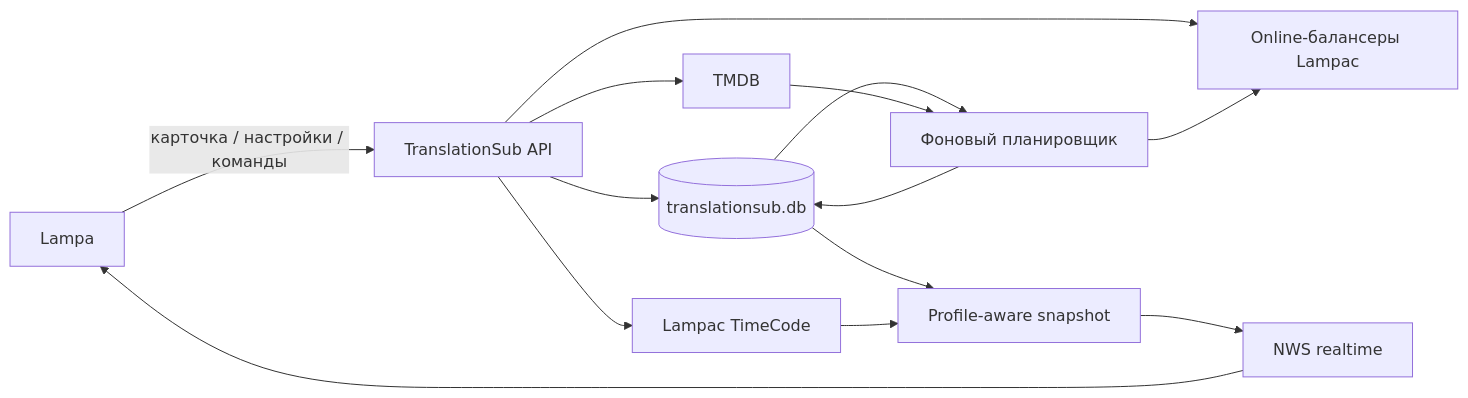
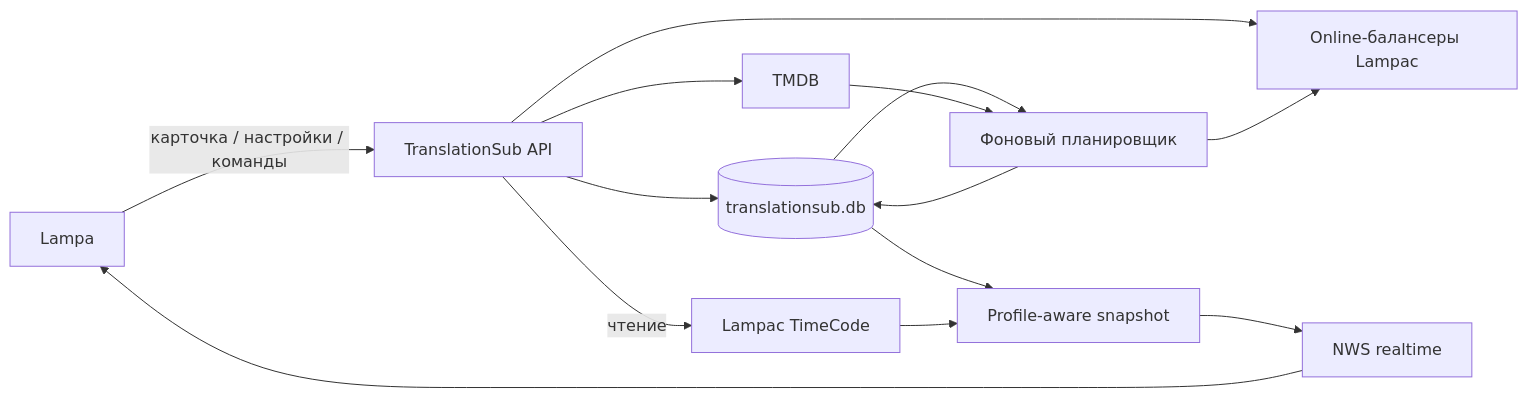
The diagram in README.md (ivzaislu/TranslationSub), drawn with Mermaid before and after one commit. The commit also changed other lines of this file, not shown here.

````diff
--- a/README.md
+++ b/README.md
@@ -188,18 +208,18 @@
 ```mermaid
 flowchart LR
     L[Lampa] -->|карточка / настройки / команды| API[TranslationSub API]
     API --> DB[(translationsub.db)]
-    API --> TC[Lampac TimeCode]
+    API -->|чтение| TC[Lampac TimeCode]
     API --> SRC[Online-балансеры Lampac]
     API --> TMDB[TMDB]
 
     DB --> SCH[Фоновый планировщик]
     TMDB --> SCH
     SCH --> SRC
     SCH --> DB
 
     DB --> SNAP[Profile-aware snapshot]
     TC --> SNAP
     SNAP --> NWS[NWS realtime]
     NWS --> L
 ```
````
